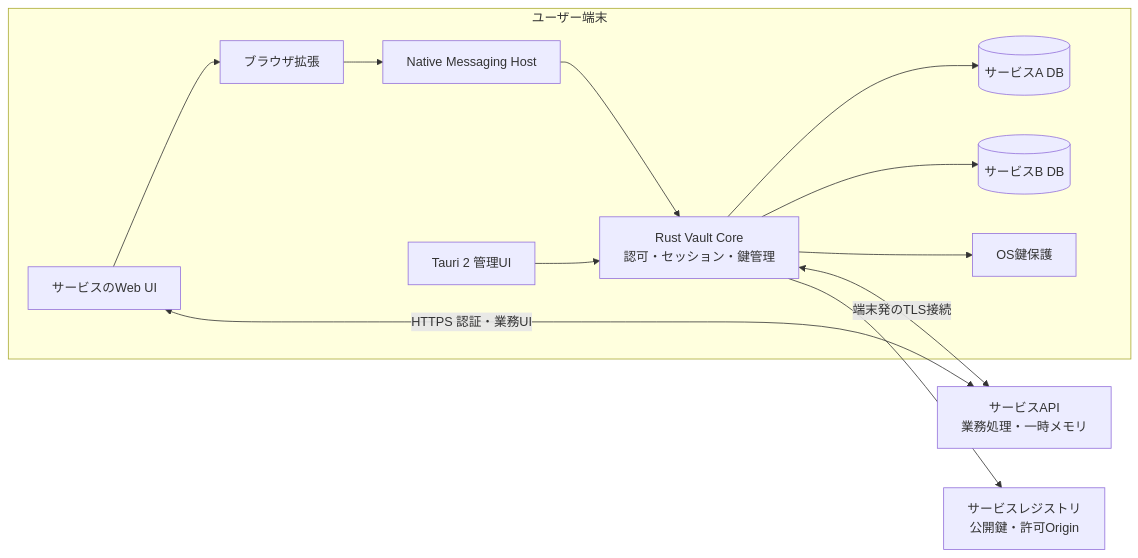
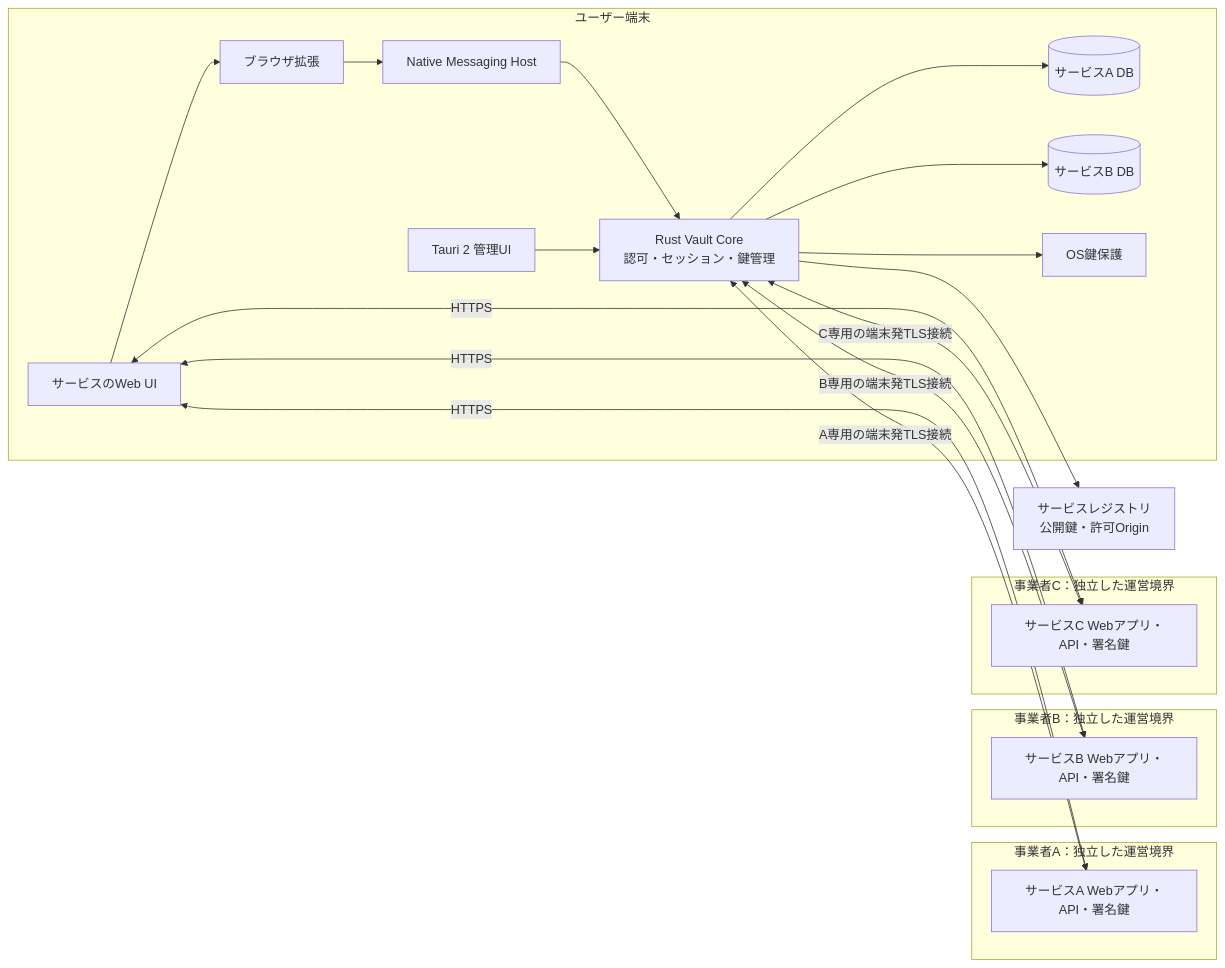
One commit to matsushibadenki/Client-Owned_Data_Architecture changed the first of 3 diagrams in docs/design-specification.md. Above: the diagram before and after it, drawn with Mermaid. The commit also changed other lines of this file and 5 other files, not shown here.

````diff
--- a/docs/design-specification.md
+++ b/docs/design-specification.md
@@ -72,23 +75,35 @@
 ```mermaid
 flowchart LR
   subgraph Device[ユーザー端末]
     Web[サービスのWeb UI]
     Ext[ブラウザ拡張]
     Host[Native Messaging Host]
     Core[Rust Vault Core\n認可・セッション・鍵管理]
     UI[Tauri 2 管理UI]
     A[(サービスA DB)]
     B[(サービスB DB)]
     Keys[OS鍵保護]
     Web --> Ext --> Host --> Core
     UI --> Core
     Core --> A
     Core --> B
     Core --> Keys
   end
-  Service[サービスAPI\n業務処理・一時メモリ]
+  subgraph ProviderA[事業者A：独立した運営境界]
+    ServiceA[サービスA Webアプリ・API・署名鍵]
+  end
+  subgraph ProviderB[事業者B：独立した運営境界]
+    ServiceB[サービスB Webアプリ・API・署名鍵]
+  end
+  subgraph ProviderC[事業者C：独立した運営境界]
+    ServiceC[サービスC Webアプリ・API・署名鍵]
+  end
   Registry[サービスレジストリ\n公開鍵・許可Origin]
-  Web <-->|HTTPS 認証・業務UI| Service
-  Core <-->|端末発のTLS接続| Service
+  Web <-->|HTTPS| ServiceA
+  Web <-->|HTTPS| ServiceB
+  Web <-->|HTTPS| ServiceC
+  Core <-->|A専用の端末発TLS接続| ServiceA
+  Core <-->|B専用の端末発TLS接続| ServiceB
+  Core <-->|C専用の端末発TLS接続| ServiceC
   Core --> Registry
 ```
````
